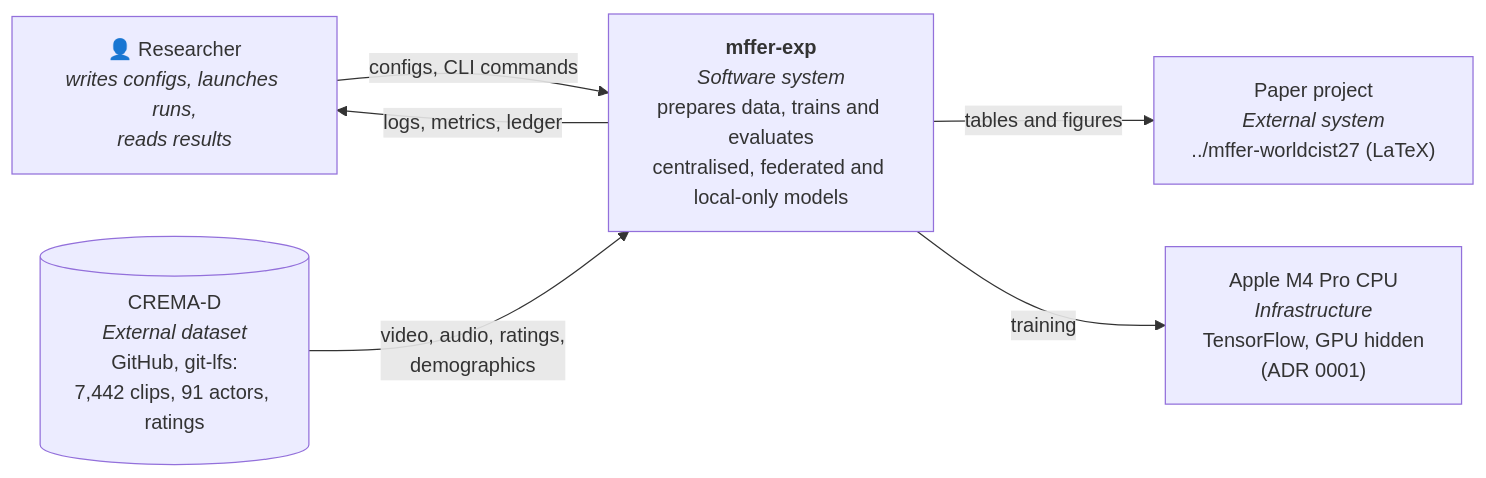
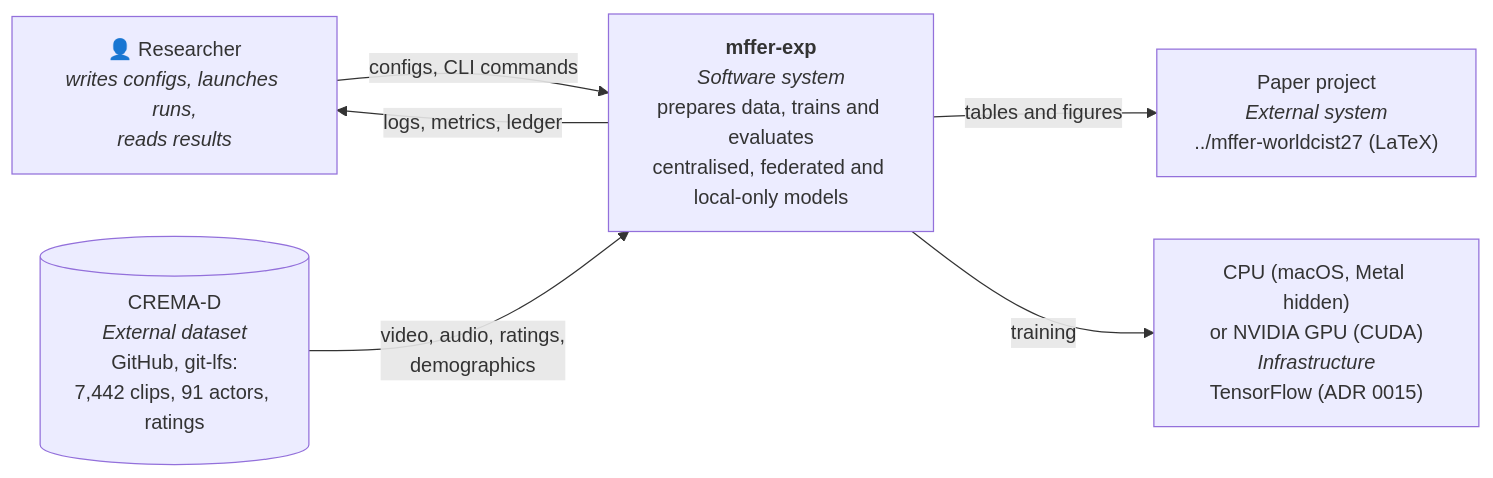
Before and after one commit to n0th1ng999/mffer-exp: the first of 3 diagrams in README.md, drawn with Mermaid. The commit also changed other lines of this file and 32 other files, not shown here.

First line of the commit message:
feat: valence macro-F1 as primary metric; CUDA training with Metal kept hidden

````diff
--- a/README.md
+++ b/README.md
@@ -263,14 +300,14 @@
 ```mermaid
 flowchart LR
     R["👤 Researcher<br/><i>writes configs, launches runs,<br/>reads results</i>"]
     S["<b>mffer-exp</b><br/><i>Software system</i><br/>prepares data, trains and evaluates<br/>centralised, federated and local-only models"]
     C[("CREMA-D<br/><i>External dataset</i><br/>GitHub, git-lfs:<br/>7,442 clips, 91 actors, ratings")]
     P["Paper project<br/><i>External system</i><br/>../mffer-worldcist27 (LaTeX)"]
-    G["Apple M4 Pro CPU<br/><i>Infrastructure</i><br/>TensorFlow, GPU hidden<br/>(ADR 0001)"]
+    G["CPU (macOS, Metal hidden)<br/>or NVIDIA GPU (CUDA)<br/><i>Infrastructure</i><br/>TensorFlow (ADR 0015)"]
 
     R -- "configs, CLI commands" --> S
     S -- "logs, metrics, ledger" --> R
     C -- "video, audio, ratings,<br/>demographics" --> S
     S -- "tables and figures" --> P
     S -- "training" --> G
 ```
````
